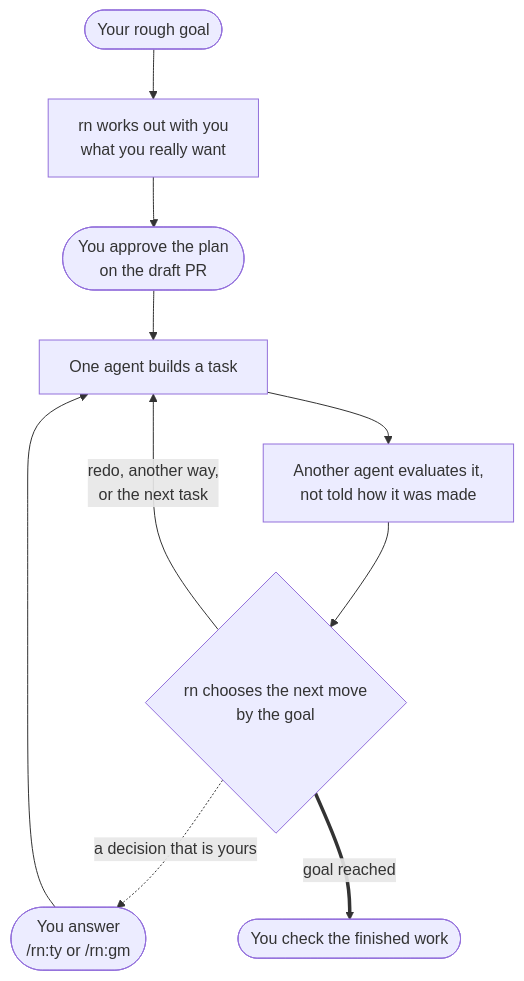
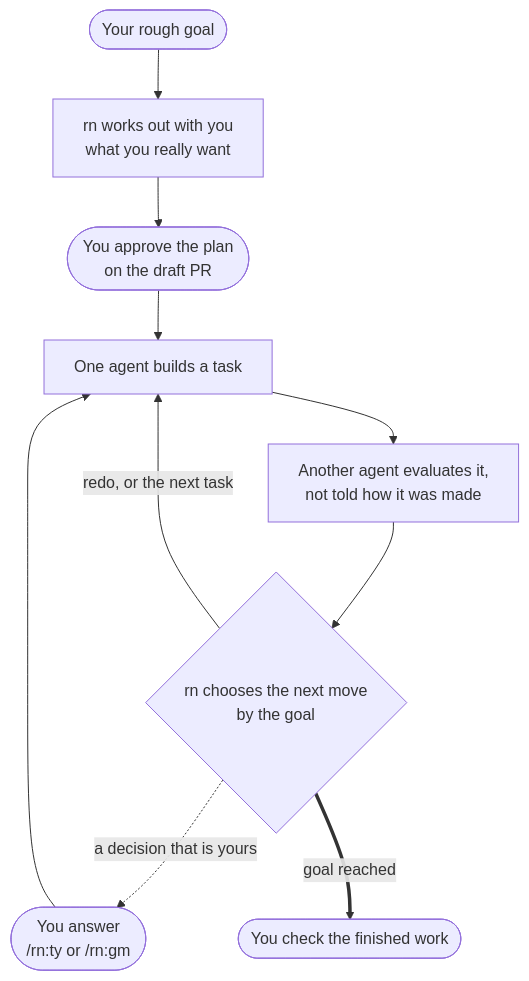
Before and after one commit to lovaizu/ccpm: the diagram in rn/README.md, drawn with Mermaid. The commit also changed other lines of this file and 2 other files, not shown here.

````diff
--- a/rn/README.md
+++ b/rn/README.md
@@ -21,12 +21,12 @@
 ```mermaid
 flowchart TD
   G([Your rough goal]) --> O[rn works out with you<br/>what you really want]
   O --> P([You approve the plan<br/>on the draft PR])
   P --> B[One agent builds a task]
   B --> J[Another agent evaluates it,<br/>not told how it was made]
   J --> C{rn chooses the next move<br/>by the goal}
-  C -->|redo, another way,<br/>or the next task| B
+  C -->|redo, or the next task| B
   C -.->|a decision that is yours| Y([You answer<br/>/rn:ty or /rn:gm])
   Y --> B
   C ==>|goal reached| D([You check the finished work])
 ```
````
